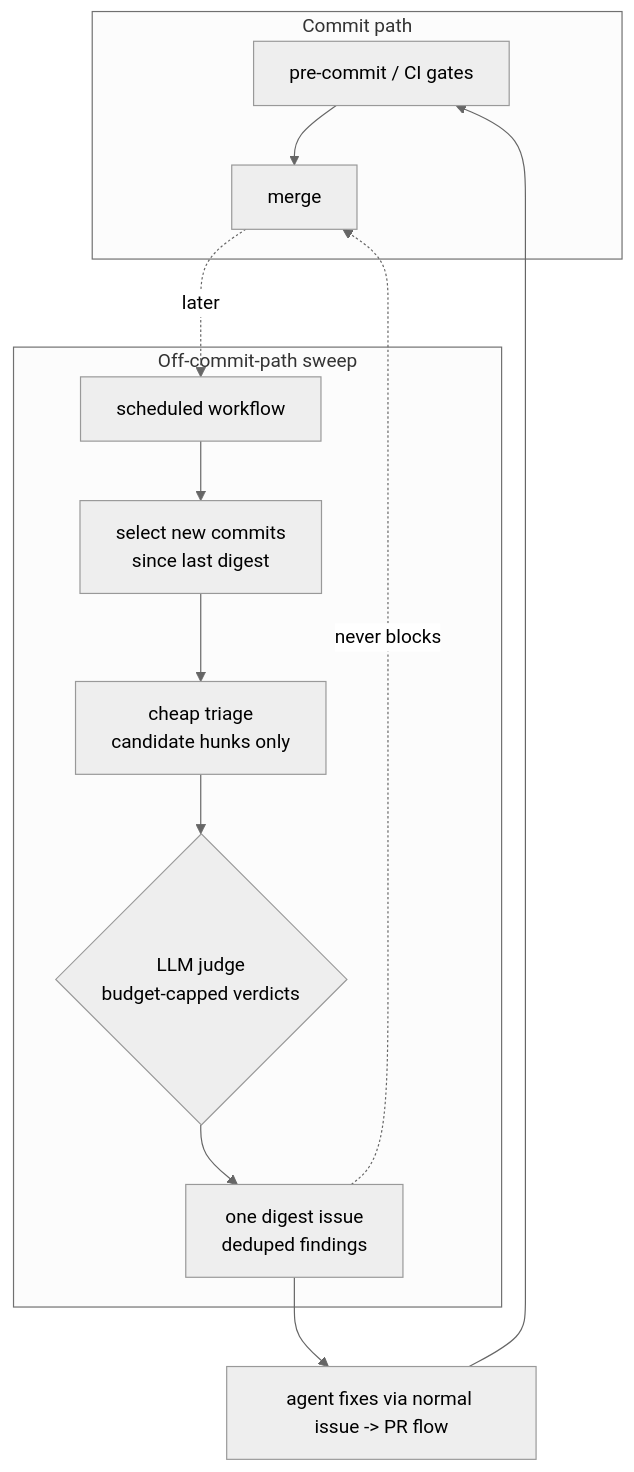
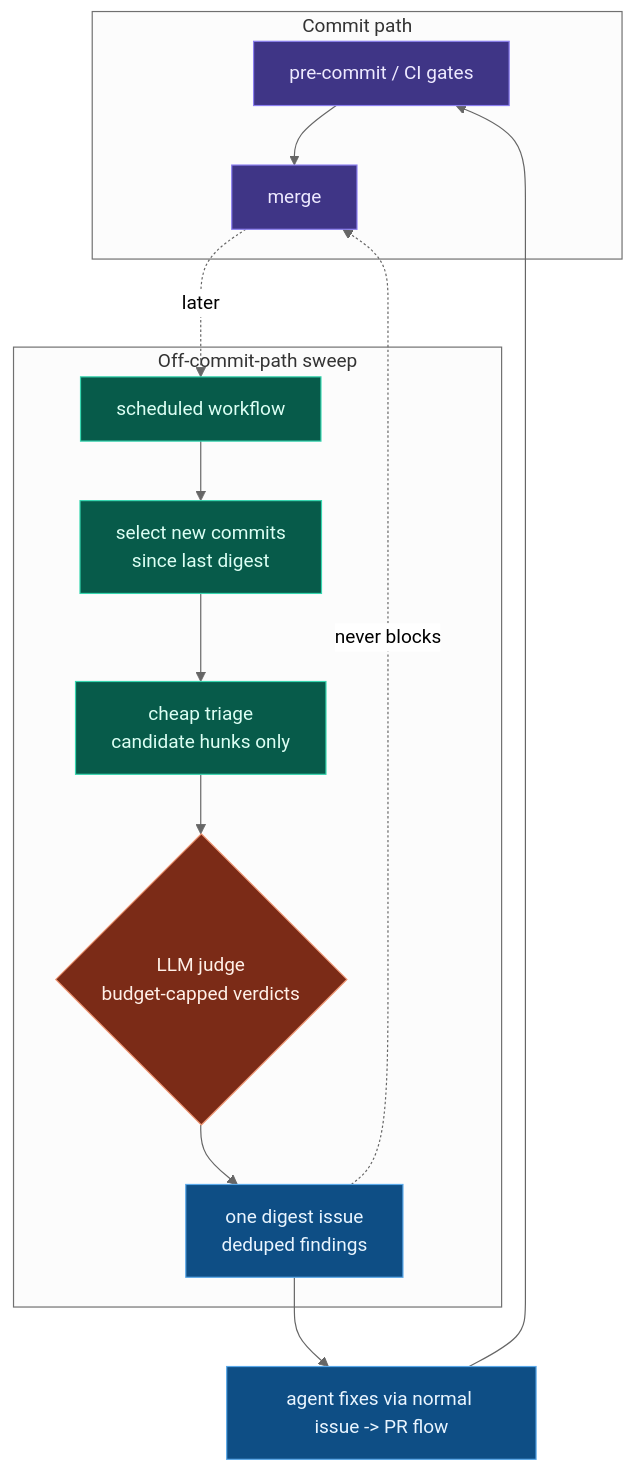
One commit to Duaility/governance-kit changed the fifth of 6 diagrams in README.md. Above: the diagram before and after it, drawn with Mermaid (neutral theme). The commit also changed other lines of this file and 1 other file, not shown here.

````diff
--- a/README.md
+++ b/README.md
@@ -347,22 +374,31 @@
 ```mermaid
 flowchart TD
     subgraph CommitPath["Commit path"]
         H["pre-commit / CI gates"]
         M["merge"]
     end
 
     subgraph Sweep["Off-commit-path sweep"]
         W["scheduled workflow"]
         P["select new commits<br/>since last digest"]
         T["cheap triage<br/>candidate hunks only"]
         J{"LLM judge<br/>budget-capped verdicts"}
         D["one digest issue<br/>deduped findings"]
     end
 
     H --> M
     M -.->|"later"| W
     W --> P --> T --> J --> D
     D --> A["agent fixes via normal issue -> PR flow"]
     A --> H
     D -.->|"never blocks"| M
+
+    classDef gate fill:#3f3586,stroke:#8b7ff0,color:#eeeaff
+    classDef sweep fill:#075b4a,stroke:#36d6af,color:#dcfff4
+    classDef judge fill:#7b2b17,stroke:#ef9673,color:#fff0e8
+    classDef issue fill:#0e4e85,stroke:#5aa8e9,color:#e9f5ff
+    class H,M gate
+    class W,P,T sweep
+    class J judge
+    class D,A issue
 ```
````
